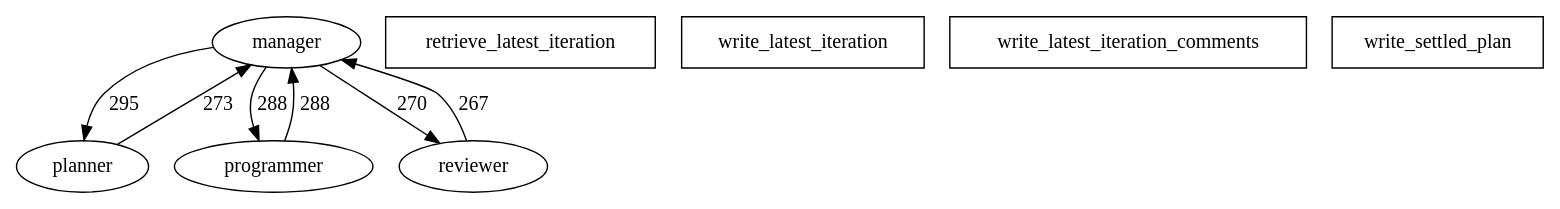
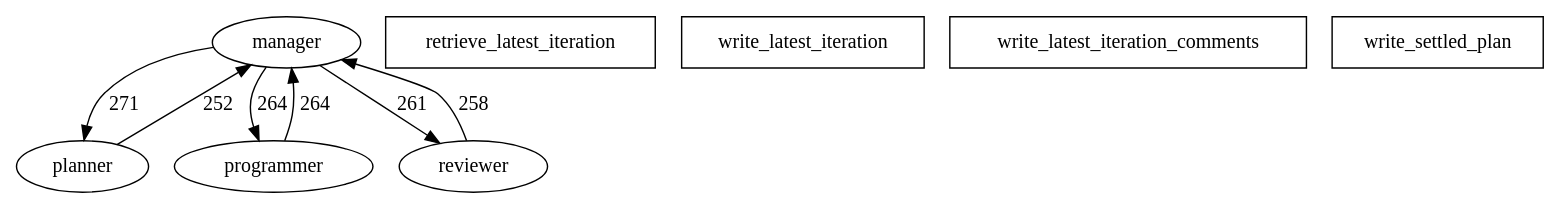
Before and after one commit to BzhH7/MASentinel: the diagram in outputs/system1_iterative_coding/trace_graph.dot, drawn with Graphviz. The commit also changed 476 other files, not shown here.

```diff
--- a/outputs/system1_iterative_coding/trace_graph.dot
+++ b/outputs/system1_iterative_coding/trace_graph.dot
@@ -1,16 +1,16 @@
 digraph MASentinelTrace {
   "manager" [shape=ellipse];
   "planner" [shape=ellipse];
   "programmer" [shape=ellipse];
   "reviewer" [shape=ellipse];
   "retrieve_latest_iteration" [shape=box];
   "write_latest_iteration" [shape=box];
   "write_latest_iteration_comments" [shape=box];
   "write_settled_plan" [shape=box];
-  "manager" -> "planner" [label="295"];
-  "manager" -> "programmer" [label="288"];
-  "manager" -> "reviewer" [label="270"];
-  "planner" -> "manager" [label="273"];
-  "programmer" -> "manager" [label="288"];
-  "reviewer" -> "manager" [label="267"];
+  "manager" -> "planner" [label="271"];
+  "manager" -> "programmer" [label="264"];
+  "manager" -> "reviewer" [label="261"];
+  "planner" -> "manager" [label="252"];
+  "programmer" -> "manager" [label="264"];
+  "reviewer" -> "manager" [label="258"];
 }
```
